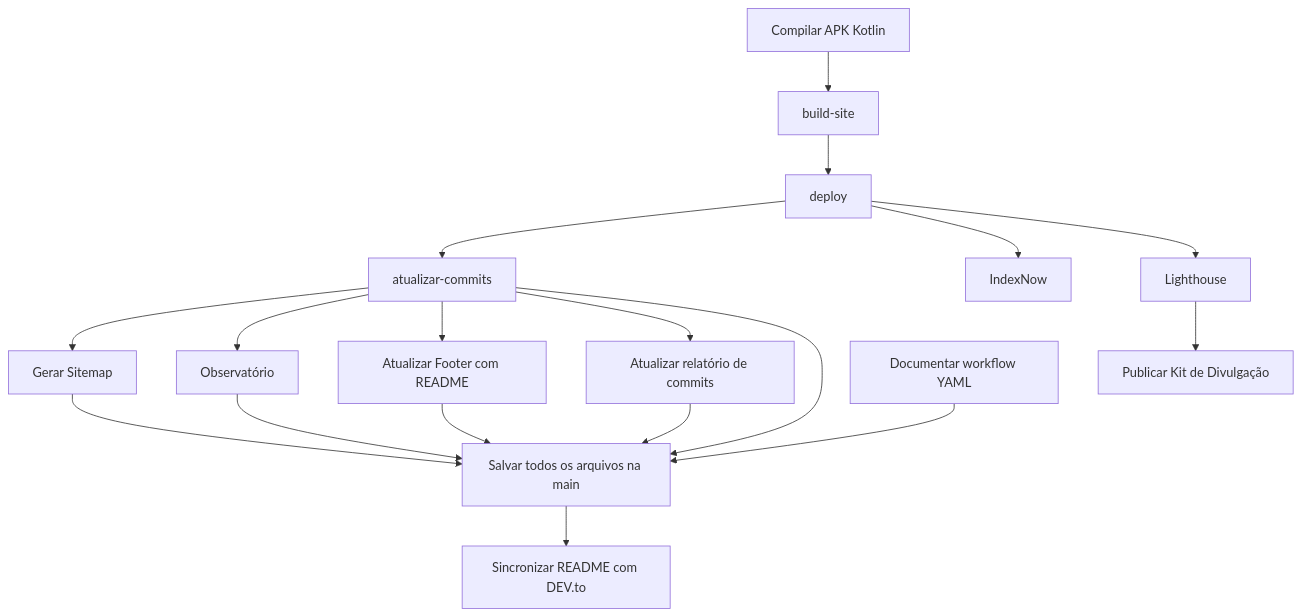
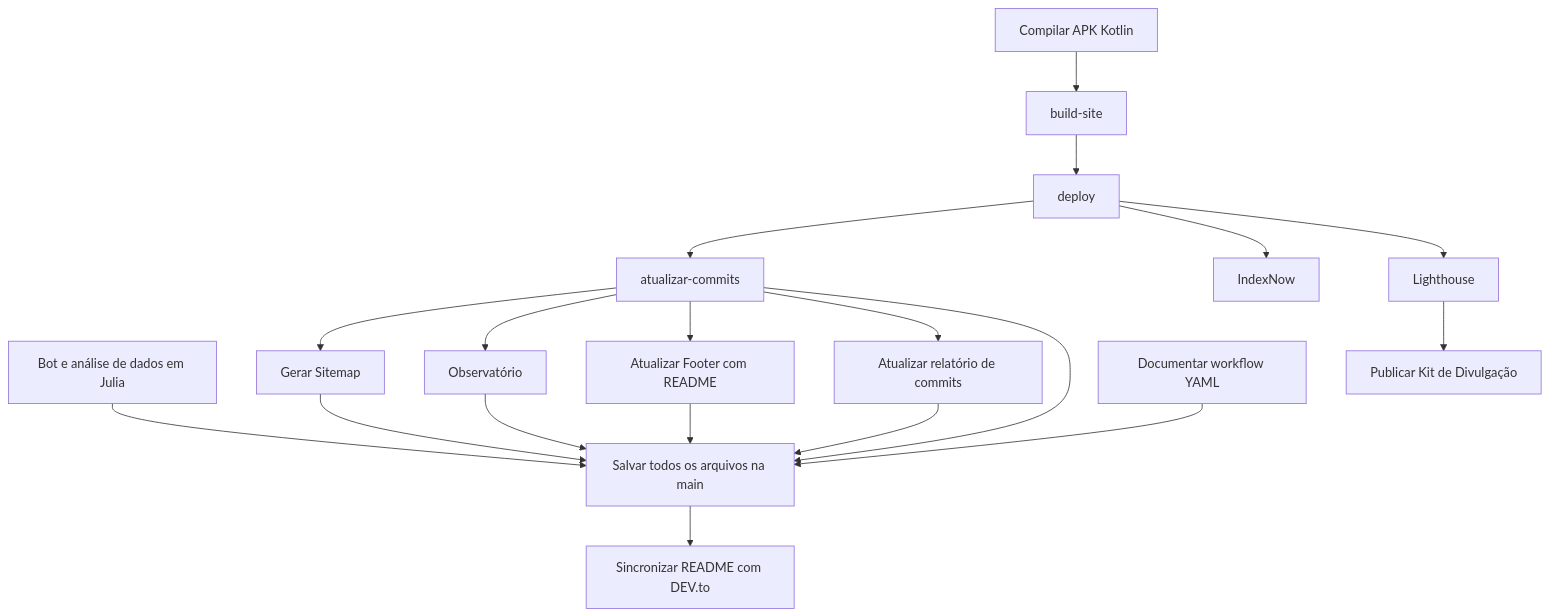
One commit to mulher-amparada/mulher-amparada-app changed the diagram in pesquisas/workflow.md. Above: the diagram before and after it, drawn with Mermaid. The commit also changed other lines of this file and 6 other files, not shown here.

````diff
--- a/pesquisas/workflow.md
+++ b/pesquisas/workflow.md
@@ -31,34 +32,36 @@
 ```mermaid
 flowchart TD
     job_build["Compilar APK Kotlin"]
+    job_bot["Bot e análise de dados em Julia"]
     job_build_site["build-site"]
     job_deploy["deploy"]
     job_atualizar_commits["atualizar-commits"]
     job_sincronizar_devto["Sincronizar README com DEV.to"]
     job_sitemap["Gerar Sitemap"]
     job_indexnow["IndexNow"]
     job_lighthouse["Lighthouse"]
     job_publicar_divulgacao["Publicar Kit de Divulgação"]
     job_observatorio["Observatório"]
     job_atualizar_footer["Atualizar Footer com README"]
     job_atualizar_relatorio_commits["Atualizar relatório de commits"]
     job_pesquisar_projeto["Documentar workflow YAML"]
     job_salvar_na_main["Salvar todos os arquivos na main"]
     job_build --> job_build_site
     job_build_site --> job_deploy
     job_deploy --> job_atualizar_commits
     job_salvar_na_main --> job_sincronizar_devto
     job_atualizar_commits --> job_sitemap
     job_deploy --> job_indexnow
     job_deploy --> job_lighthouse
     job_lighthouse --> job_publicar_divulgacao
     job_atualizar_commits --> job_observatorio
     job_atualizar_commits --> job_atualizar_footer
     job_atualizar_commits --> job_atualizar_relatorio_commits
     job_atualizar_commits --> job_salvar_na_main
     job_sitemap --> job_salvar_na_main
     job_atualizar_footer --> job_salvar_na_main
     job_atualizar_relatorio_commits --> job_salvar_na_main
     job_pesquisar_projeto --> job_salvar_na_main
     job_observatorio --> job_salvar_na_main
+    job_bot --> job_salvar_na_main
 ```
````
